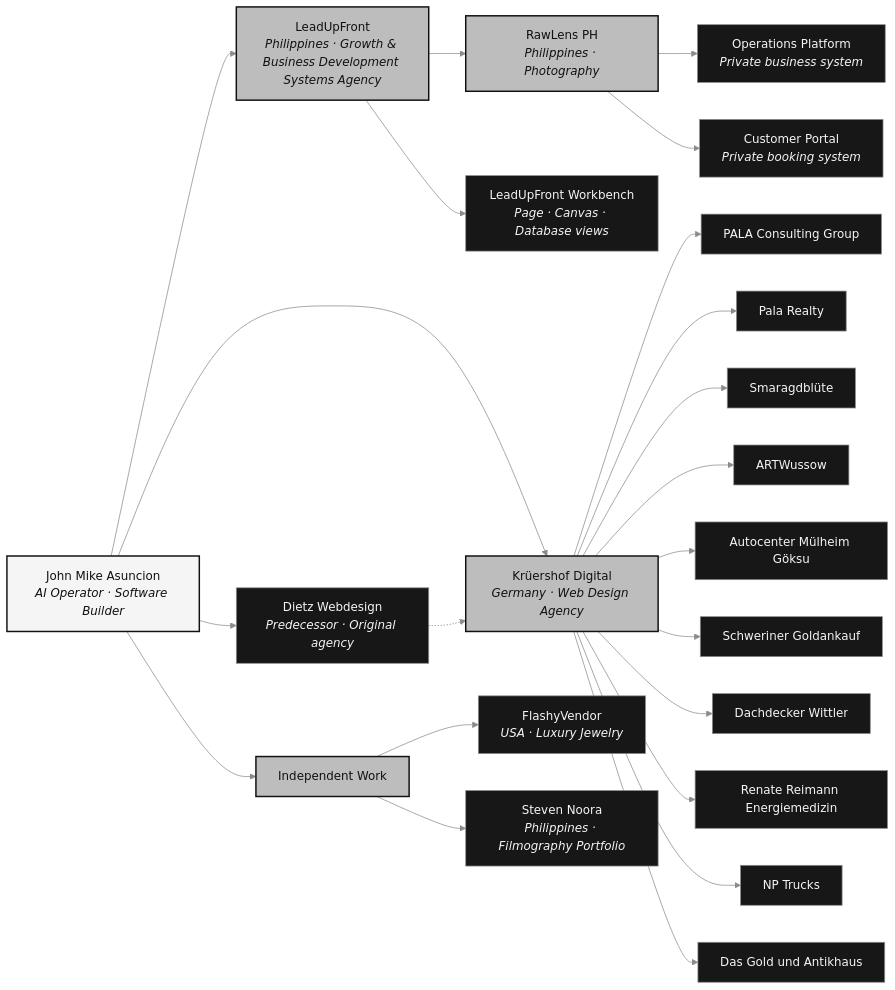
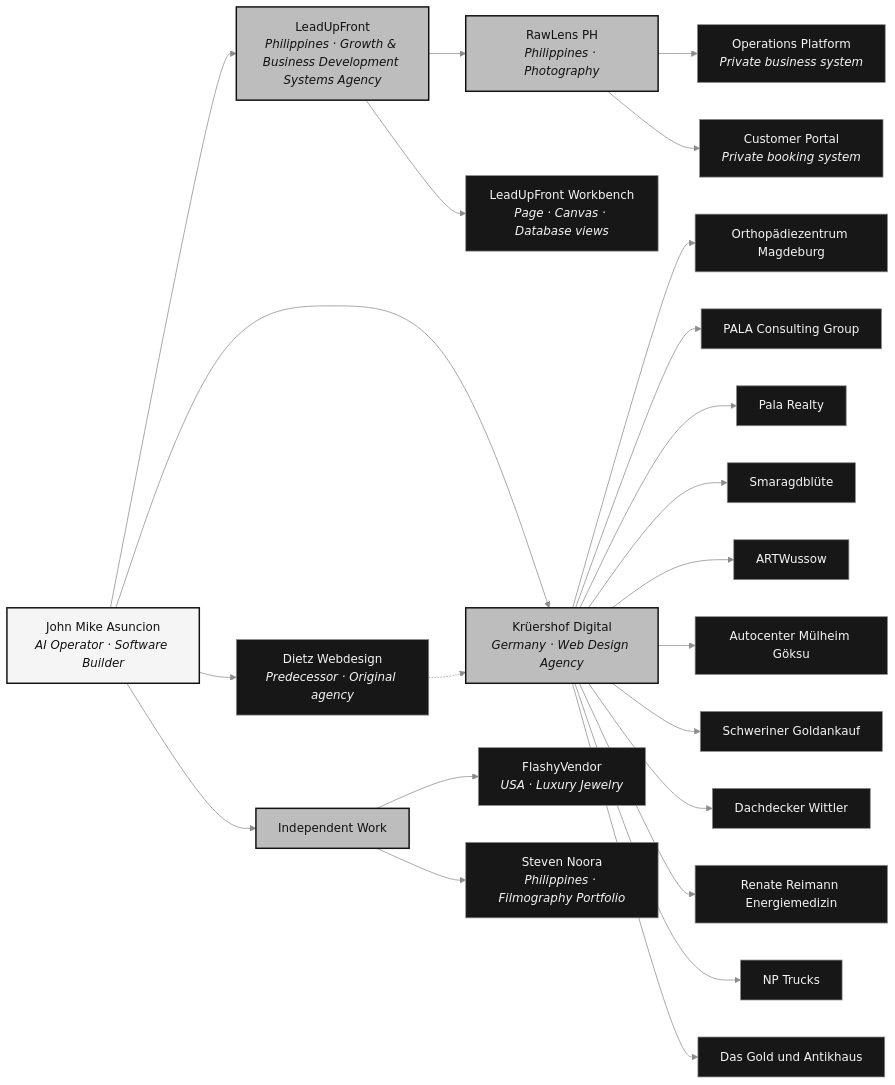
The diagram in README.md (mikeascendx/mikeascendx), drawn with Mermaid before and after one commit. The commit also changed other lines of this file, not shown here.

Commit message:
feat(profile): showcase Orthozentrum contribution

````diff
--- a/README.md
+++ b/README.md
@@ -112,43 +117,44 @@
 ```mermaid
 flowchart LR
     john["John Mike Asuncion<br/><i>AI Operator · Software Builder</i>"]
     leadupfront["LeadUpFront<br/><i>Philippines · Growth & Business Development Systems Agency</i>"]
     rawlens["RawLens PH<br/><i>Philippines · Photography</i>"]
     workbench["LeadUpFront Workbench<br/><i>Page · Canvas · Database views</i>"]
     kruershof["Krüershof Digital<br/><i>Germany · Web Design Agency</i>"]
     independent["Independent Work"]
     dietz["Dietz Webdesign<br/><i>Predecessor · Original agency</i>"]
 
     john --> leadupfront
     leadupfront --> workbench
     leadupfront --> rawlens
     rawlens --> operations["Operations Platform<br/><i>Private business system</i>"]
     rawlens --> portal["Customer Portal<br/><i>Private booking system</i>"]
 
     john --> kruershof
+    kruershof --> orthozentrum["Orthopädiezentrum Magdeburg"]
     kruershof --> pala["PALA Consulting Group"]
     kruershof --> realty["Pala Realty"]
     kruershof --> smaragd["Smaragdblüte"]
     kruershof --> artwussow["ARTWussow"]
     kruershof --> autocenter["Autocenter Mülheim Göksu"]
     kruershof --> schweriner["Schweriner Goldankauf"]
     kruershof --> dachdecker["Dachdecker Wittler"]
     kruershof --> renate["Renate Reimann Energiemedizin"]
     kruershof --> nptrucks["NP Trucks"]
     kruershof --> goldantik["Das Gold und Antikhaus"]
 
     john --> independent
     independent --> flashy["FlashyVendor<br/><i>USA · Luxury Jewelry</i>"]
     independent --> steven["Steven Noora<br/><i>Philippines · Filmography Portfolio</i>"]
 
     john --> dietz
     dietz -.-> kruershof
 
     classDef root fill:#f5f5f5,stroke:#111111,color:#111111,stroke-width:2px
     classDef branch fill:#bdbdbd,stroke:#111111,color:#111111,stroke-width:2px
     classDef project fill:#171717,stroke:#8b8b8b,color:#f5f5f5
     class john root
     class kruershof,leadupfront,independent,rawlens branch
-    class dietz,autocenter,dachdecker,smaragd,schweriner,nptrucks,renate,artwussow,pala,goldantik,realty,steven,flashy,operations,portal,workbench project
+    class dietz,orthozentrum,autocenter,dachdecker,smaragd,schweriner,nptrucks,renate,artwussow,pala,goldantik,realty,steven,flashy,operations,portal,workbench project
     linkStyle default stroke:#8b8b8b
 ```
````
